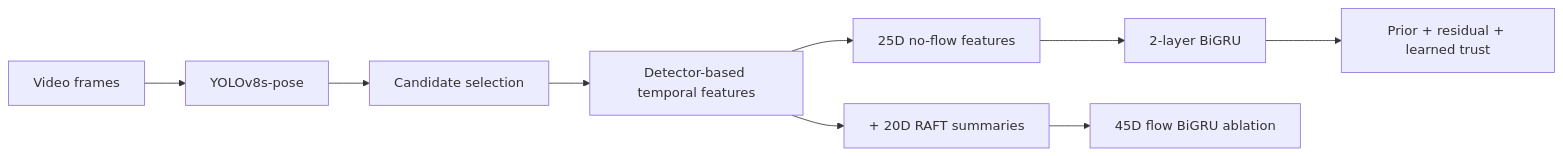
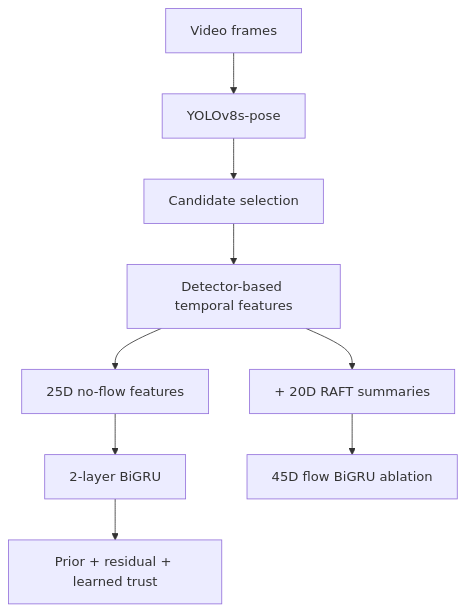
Before and after one commit to thy9164/baseball-bat-temporal-refinement: the diagram in README.md, drawn with Mermaid. The commit also changed other lines of this file, not shown here.

````diff
--- a/README.md
+++ b/README.md
@@ -15,11 +15,11 @@
 ```mermaid
-flowchart LR
+flowchart TB
     V[Video frames] --> D[YOLOv8s-pose]
     D --> S[Candidate selection]
     S --> O[Detector-based temporal features]
     O --> N[25D no-flow features]
     N --> B[2-layer BiGRU]
     B --> R[Prior + residual + learned trust]
     O --> F[+ 20D RAFT summaries]
     F --> BF[45D flow BiGRU ablation]
 ```
````
